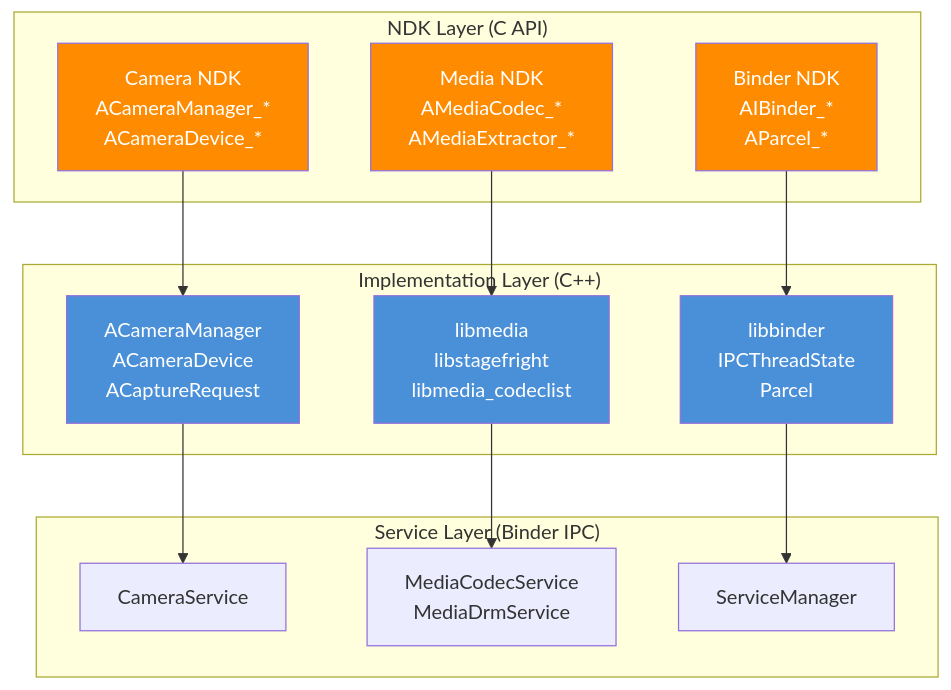
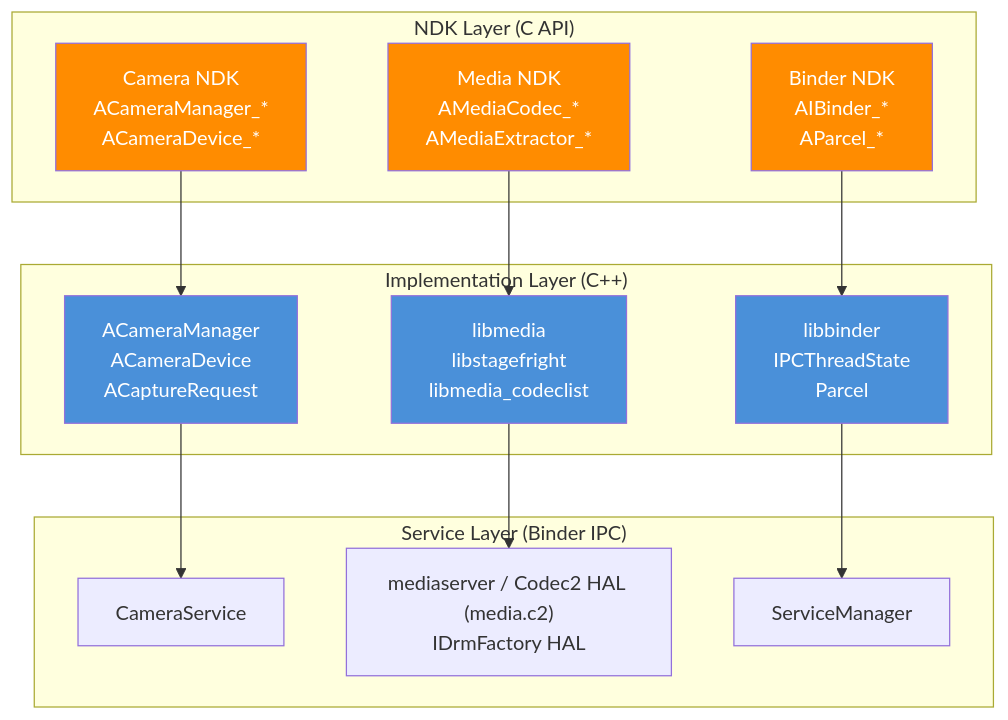
Before and after one commit to aospbooks/aosp-internal-book: diagram 13 of 17 in agents/claude/skills/aosp-native-foundation/11-ndk.md, drawn with Mermaid. The commit also changed other lines of this file and 218 other files, not shown here.

````diff
--- a/agents/claude/skills/aosp-native-foundation/11-ndk.md
+++ b/agents/claude/skills/aosp-native-foundation/11-ndk.md
@@ -2139,35 +2166,35 @@
 ```mermaid
 graph TD
     subgraph "NDK Layer (C API)"
         CAMERA_C["Camera NDK<br/>ACameraManager_*<br/>ACameraDevice_*"]
         MEDIA_C["Media NDK<br/>AMediaCodec_*<br/>AMediaExtractor_*"]
         BINDER_C["Binder NDK<br/>AIBinder_*<br/>AParcel_*"]
     end
 
     subgraph "Implementation Layer (C++)"
         CAMERA_IMPL["ACameraManager<br/>ACameraDevice<br/>ACaptureRequest"]
         MEDIA_IMPL["libmedia<br/>libstagefright<br/>libmedia_codeclist"]
         BINDER_IMPL["libbinder<br/>IPCThreadState<br/>Parcel"]
     end
 
     subgraph "Service Layer (Binder IPC)"
         CAMERA_SVC["CameraService"]
-        MEDIA_SVC["MediaCodecService<br/>MediaDrmService"]
+        MEDIA_SVC["mediaserver / Codec2 HAL (media.c2)<br/>IDrmFactory HAL"]
         SM["ServiceManager"]
     end
 
     CAMERA_C --> CAMERA_IMPL
     MEDIA_C --> MEDIA_IMPL
     BINDER_C --> BINDER_IMPL
 
     CAMERA_IMPL --> CAMERA_SVC
     MEDIA_IMPL --> MEDIA_SVC
     BINDER_IMPL --> SM
 
     style CAMERA_C fill:#ff8c00,color:white
     style MEDIA_C fill:#ff8c00,color:white
     style BINDER_C fill:#ff8c00,color:white
     style CAMERA_IMPL fill:#4a90d9,color:white
     style MEDIA_IMPL fill:#4a90d9,color:white
     style BINDER_IMPL fill:#4a90d9,color:white
 ```
````
